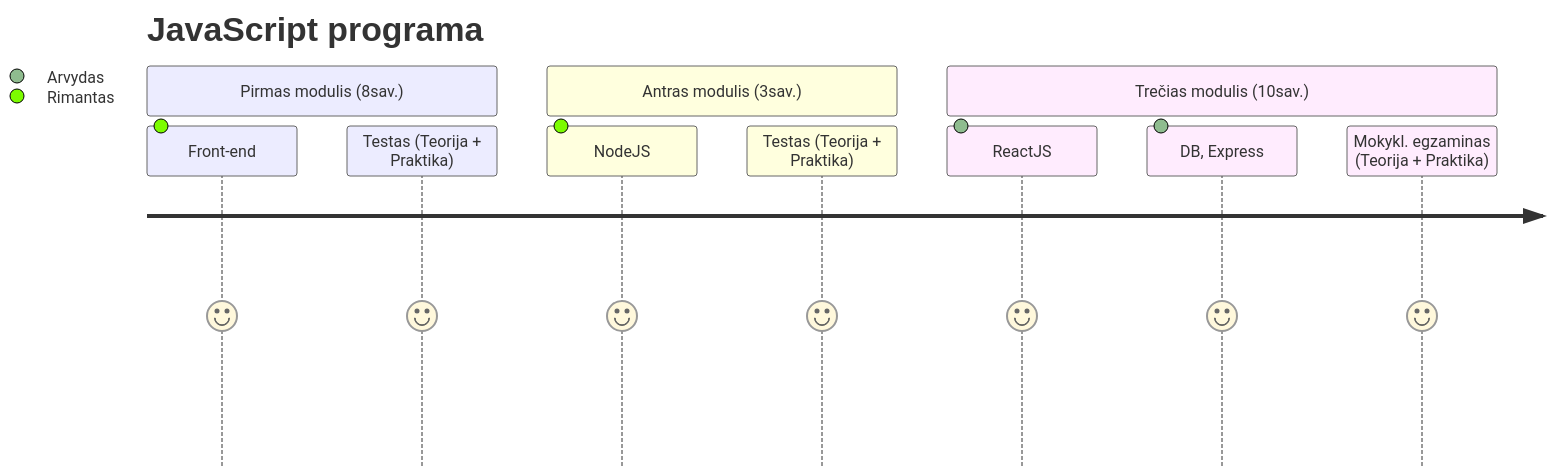
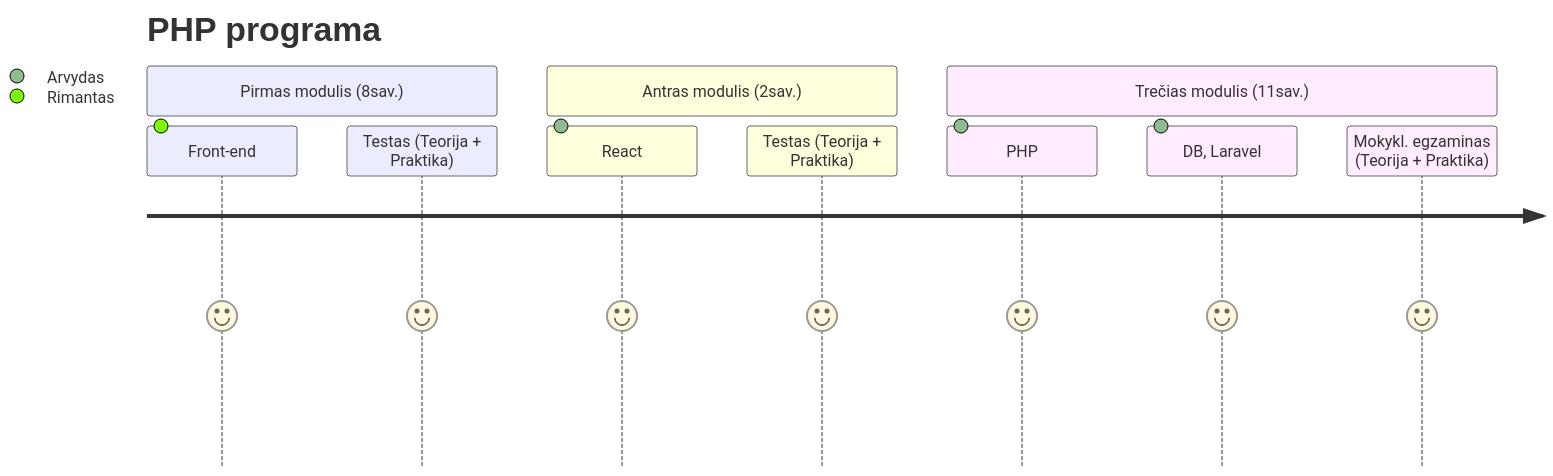
One commit to DeeBee123/BIT-welcom changed the first of 2 diagrams in slides.md. Above: the diagram before and after it, drawn with Mermaid. The commit also changed other lines of this file and 3 other files, not shown here.

````diff
--- a/slides.md
+++ b/slides.md
@@ -128,14 +109,15 @@
 ```mermaid {scale: 0.55}
 journey
-    title JavaScript programa
+    title PHP programa
     section Pirmas modulis (8sav.)
       Front-end: 5: Rimantas
       Testas (Teorija + Praktika): 5
-    section Antras modulis (3sav.)
-      NodeJS: 5: Rimantas
+    section Antras modulis (2sav.)
+      React: 5: Arvydas
       Testas (Teorija + Praktika): 5
-    section Trečias modulis (10sav.)
-      ReactJS: 5: Arvydas
-      DB, Express: 5: Arvydas
+    section Trečias modulis (11sav.)
+      PHP: 5: Arvydas
+      DB, Laravel: 5: Arvydas
       Mokykl. egzaminas (Teorija + Praktika): 5
+
 ```
````
